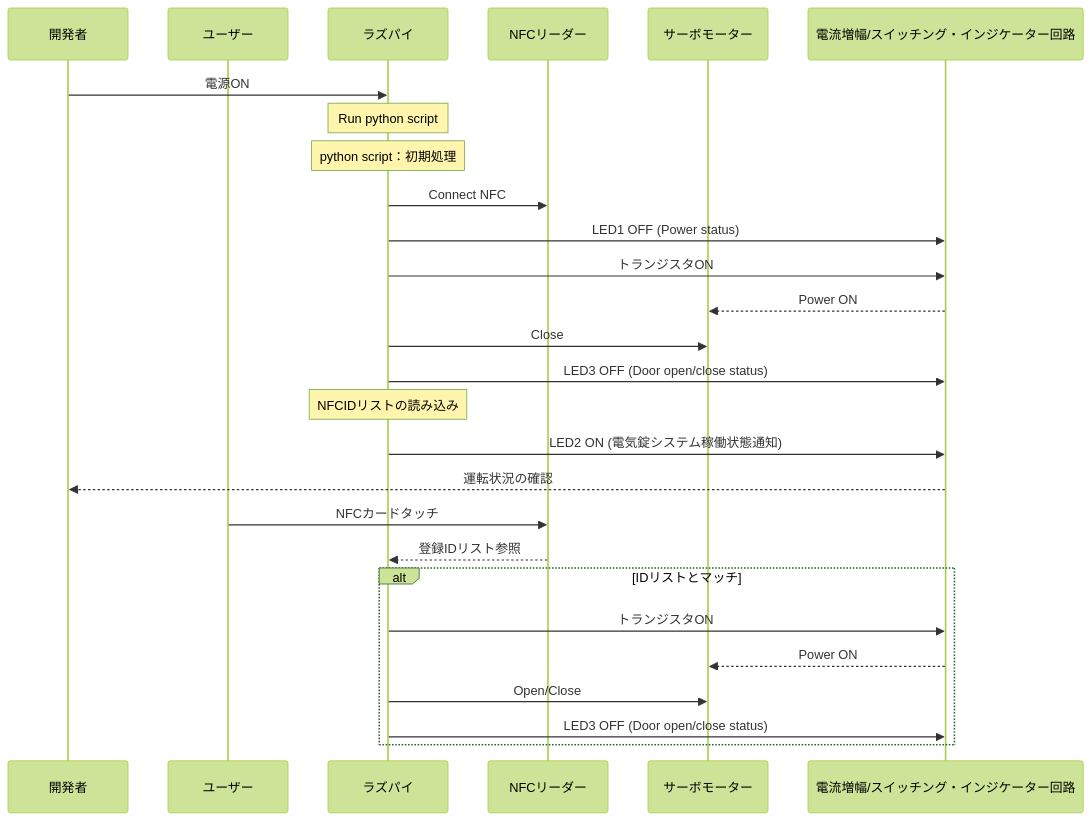
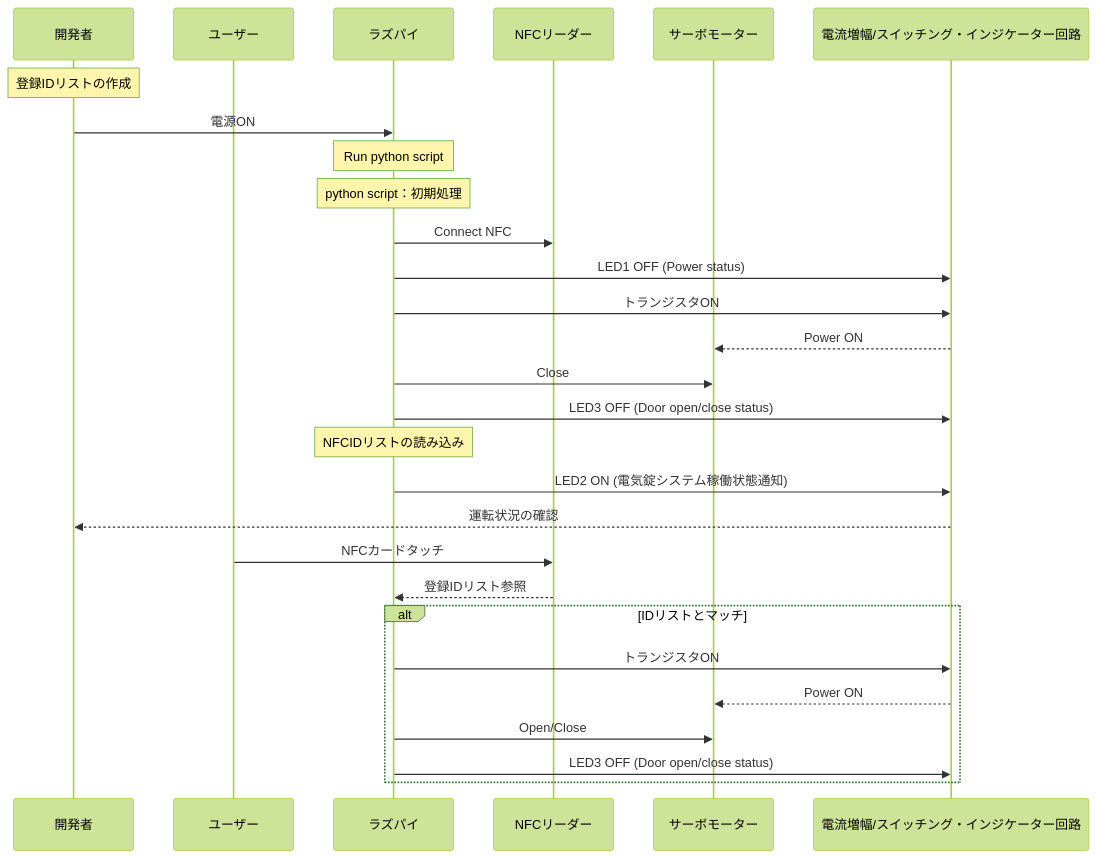
The second of 2 diagrams in memo/SystemMEMO.md (YUKI-SOKENDAI/SmartLock), drawn with Mermaid (forest theme) before and after one commit.

````diff
--- a/memo/SystemMEMO.md
+++ b/memo/SystemMEMO.md
@@ -63,37 +63,38 @@
 ```mermaid
 sequenceDiagram
     participant user as 開発者
     participant user1 as ユーザー
     participant raspi as ラズパイ
     participant nfc as NFCリーダー
     participant servo as サーボモーター
     participant circuit as 電流増幅/スイッチング・インジケーター回路
     
     # hoge
+    Note over user: 登録IDリストの作成
     user->>raspi: 電源ON
     Note over raspi : Run python script
     Note over raspi : python script：初期処理
     
     raspi->>nfc: Connect NFC
     raspi->>circuit: LED1 OFF (Power status)
     raspi->>circuit: トランジスタON
     circuit-->>servo: Power ON
     raspi->>servo: Close
     raspi->>circuit: LED3 OFF (Door open/close status)
     Note over raspi : NFCIDリストの読み込み
     raspi->>circuit: LED2 ON (電気錠システム稼働状態通知)
     circuit-->>user: 運転状況の確認
     
     user1->>nfc: NFCカードタッチ
     nfc-->>raspi:登録IDリスト参照
     alt IDリストとマッチ
         raspi->>circuit: トランジスタON
         circuit-->>servo: Power ON
         raspi->>servo: Open/Close
         raspi->>circuit: LED3 OFF (Door open/close status)
     end
     
     
     #raspi-->>user: こんにちは！！
 
 ```
````
